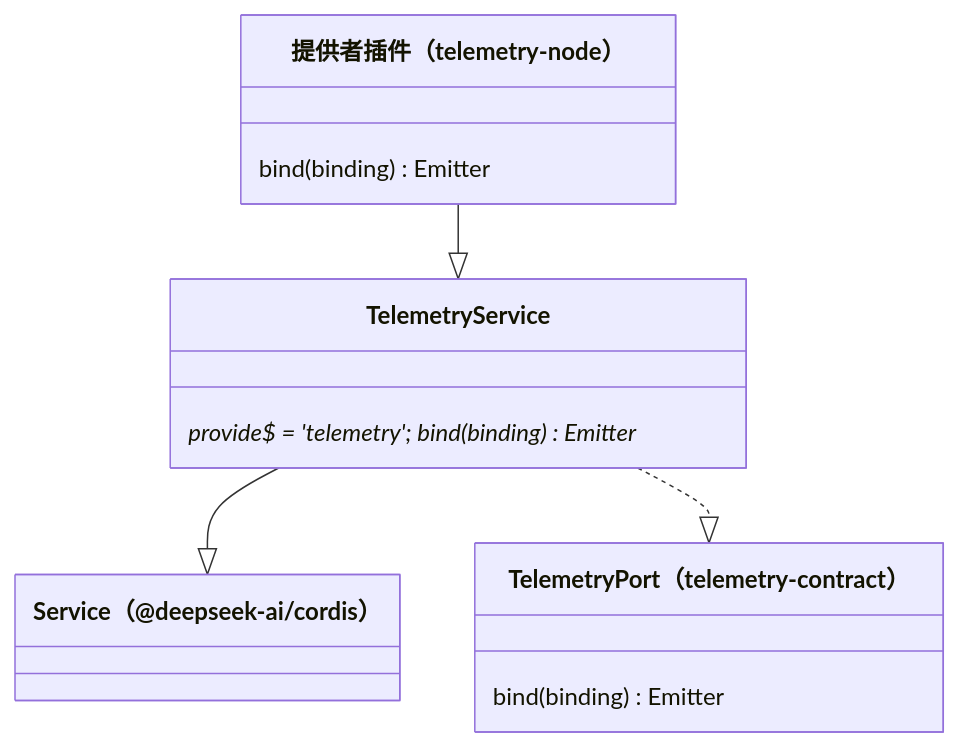
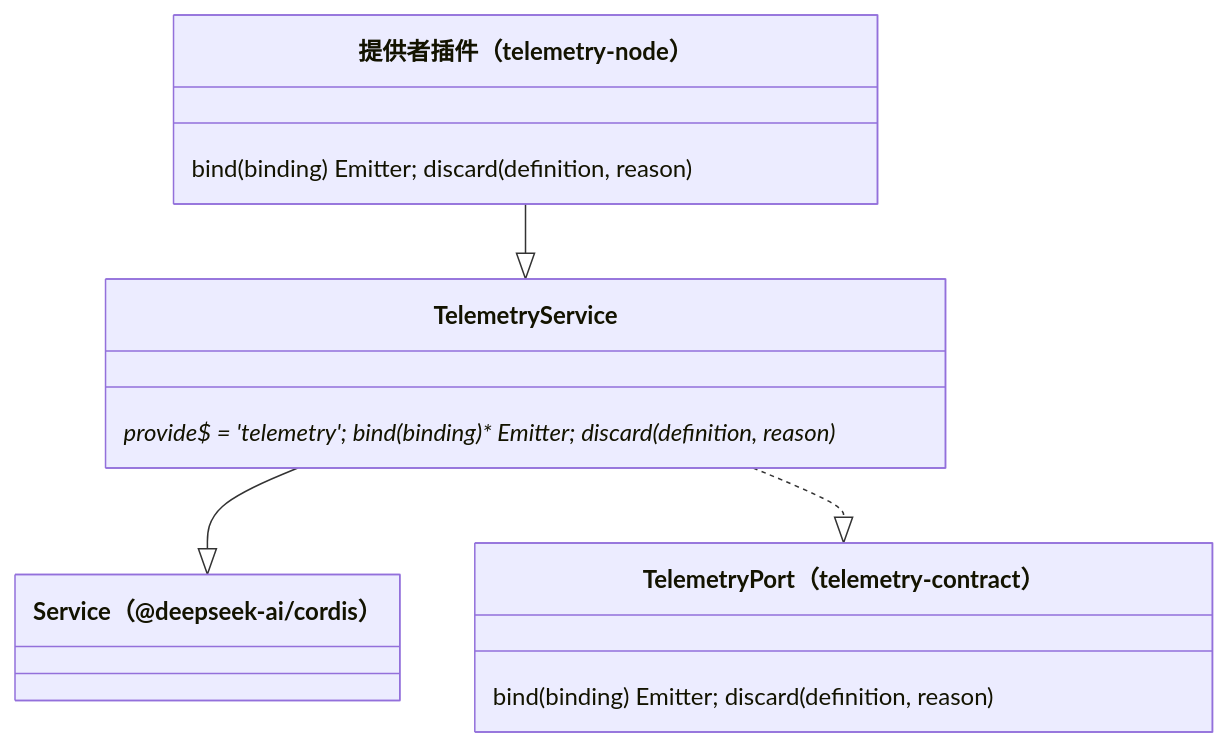
The diagram in packages/telemetry/telemetry-cordis-contract/docs/object-model.md (nemori-ai/omne-harness-lite), drawn with Mermaid before and after one commit. The commit also changed other lines of this file and 69 other files, not shown here.

````diff
--- a/packages/telemetry/telemetry-cordis-contract/docs/object-model.md
+++ b/packages/telemetry/telemetry-cordis-contract/docs/object-model.md
@@ -7,10 +7,10 @@
 ```mermaid
 classDiagram
   class Service["Service（@deepseek-ai/cordis）"]
-  class TelemetryPort["TelemetryPort（telemetry-contract）"] { bind(binding) Emitter }
-  class TelemetryService { provide$ = 'telemetry'; bind(binding)* Emitter }
-  class Provider["提供者插件（telemetry-node）"] { bind(binding) Emitter }
+  class TelemetryPort["TelemetryPort（telemetry-contract）"] { bind(binding) Emitter; discard(definition, reason) }
+  class TelemetryService { provide$ = 'telemetry'; bind(binding)* Emitter; discard(definition, reason)* }
+  class Provider["提供者插件（telemetry-node）"] { bind(binding) Emitter; discard(definition, reason) }
   TelemetryService --|> Service
   TelemetryService ..|> TelemetryPort
   Provider --|> TelemetryService
 ```
````
